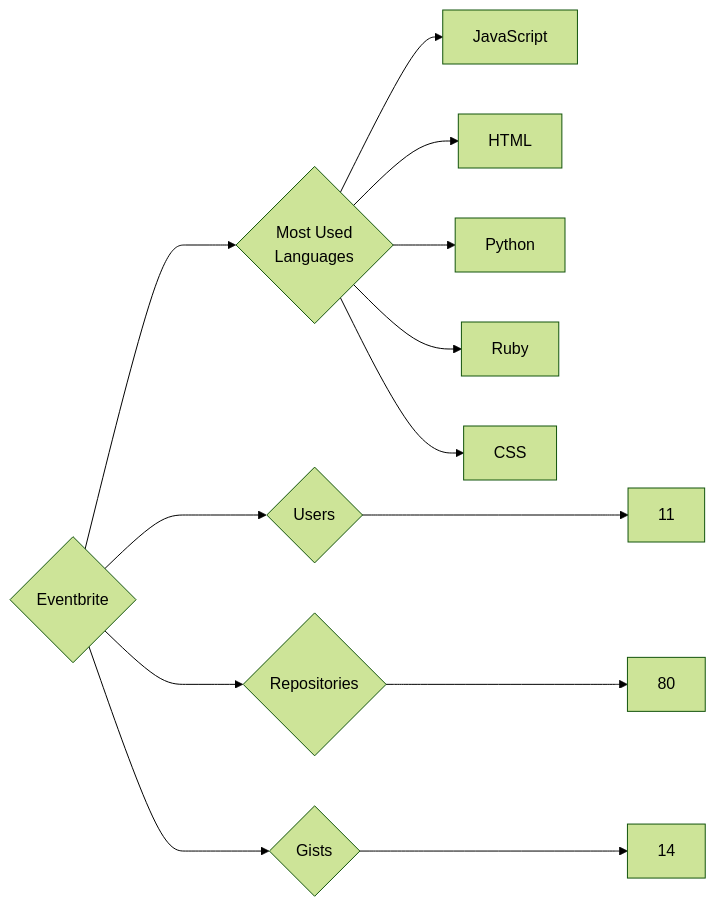
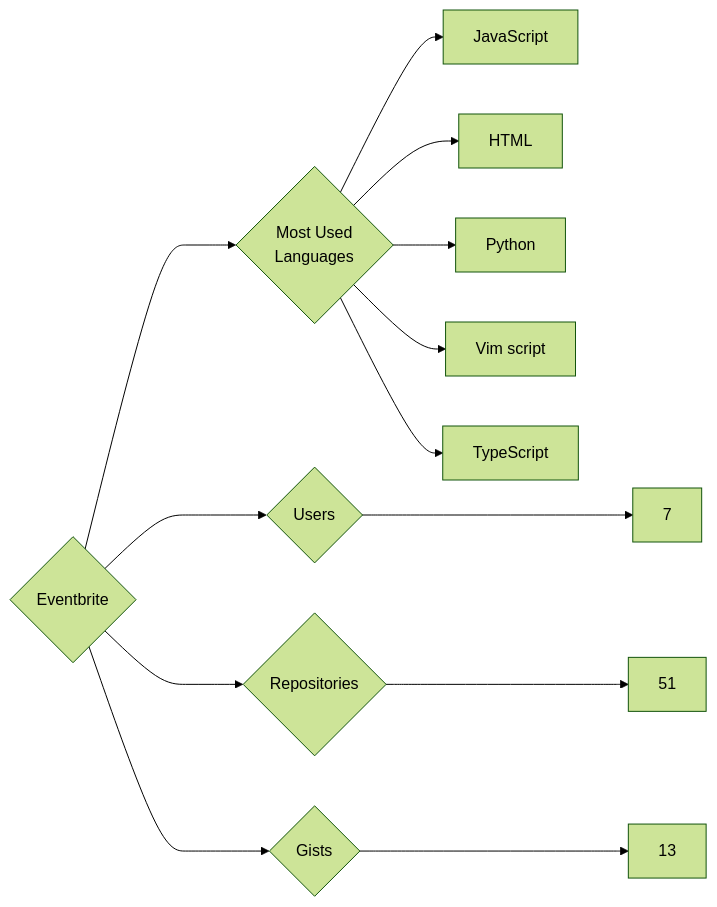
Before and after one commit to trickest/insiders: the diagram in targets/Eventbrite/README.md, drawn with Mermaid (forest theme). The commit also changed 838 other files, not shown here.

````diff
--- a/targets/Eventbrite/README.md
+++ b/targets/Eventbrite/README.md
@@ -3,13 +3,13 @@
 ```mermaid
 graph LR
 COMPANY_NAME{Eventbrite}
-COMPANY_NAME ---> U{Users} ---> UN[11]
-COMPANY_NAME ---> R{Repositories} ---> RN[80]
-COMPANY_NAME ---> G{Gists} ---> GN[14]
+COMPANY_NAME ---> U{Users} ---> UN[7]
+COMPANY_NAME ---> R{Repositories} ---> RN[51]
+COMPANY_NAME ---> G{Gists} ---> GN[13]
 COMPANY_NAME ---> ML{Most Used<br>Languages}
 ML --> JavaScript[JavaScript]
 ML --> HTML[HTML]
 ML --> Python[Python]
-ML --> Ruby[Ruby]
-ML --> CSS[CSS]
+ML --> Vim_script[Vim script]
+ML --> TypeScript[TypeScript]
 ```
````
